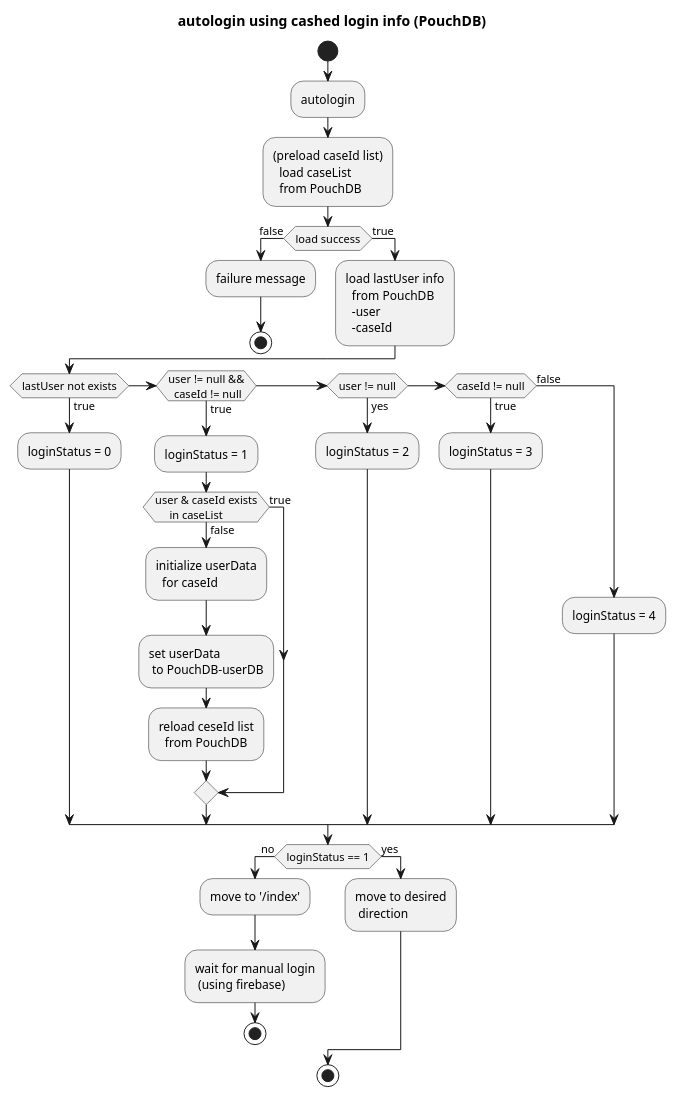
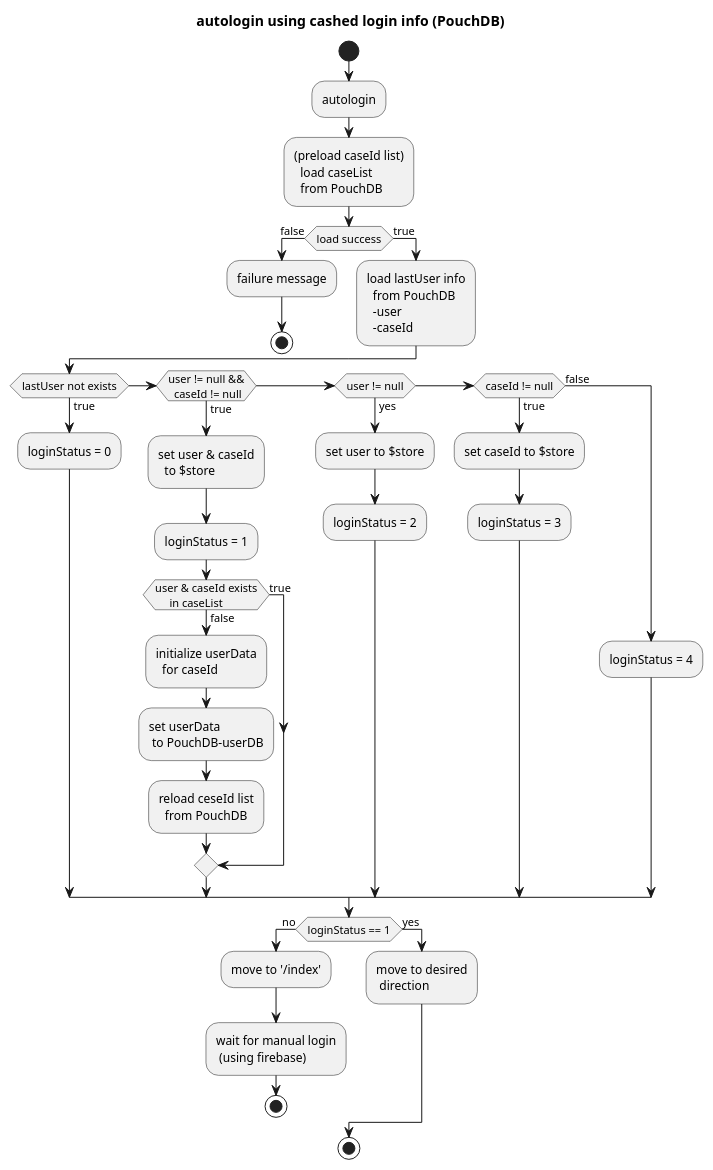
Before and after one commit to snakada1615/nuxt_pwa201122: the diagram in assets/backdata/loginWorkflow.puml, drawn with PlantUML. The commit also changed 6 other files, not shown here.

```diff
--- a/assets/backdata/loginWorkflow.puml
+++ b/assets/backdata/loginWorkflow.puml
@@ -1,59 +1,63 @@
 @startuml
 title autologin using cashed login info (PouchDB)
 
 start
 
 :autologin;
 
 
 :(preload caseId list)
   load caseList
   from PouchDB;
 
  if (load success) then (false)
   :failure message;
   stop
   else (true)
   :load lastUser info
     from PouchDB
     -user
     -caseId;
  endif
 
 
 if (lastUser not exists) then (true)
     :loginStatus = 0;
 else if (user != null &&
   caseId != null) then (true)
+    :set user & caseId
+      to $store;
     :loginStatus = 1;
     if (user & caseId exists
      in caseList) then (true)
 
     else (false)
       :initialize userData
         for caseId;
       :set userData
        to PouchDB-userDB;
       :reload ceseId list
         from PouchDB;
     endif
 else if (user != null) then (yes)
+    :set user to $store;
     :loginStatus = 2;
 else if (caseId != null) then (true)
+    :set caseId to $store;
     :loginStatus = 3;
 else (false)
     :loginStatus = 4;
 endif
 
 if (loginStatus == 1) then (no)
   :move to '/index';
   :wait for manual login
    (using firebase);
   stop
 else (yes)
   :move to desired
    direction;
 endif
 stop
 
 @enduml
```
